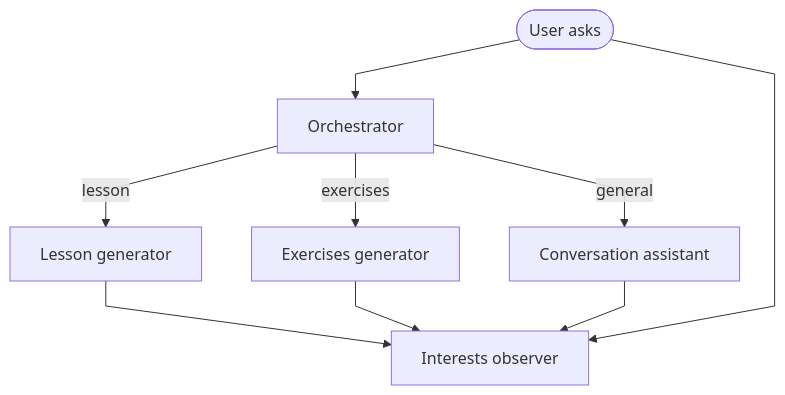
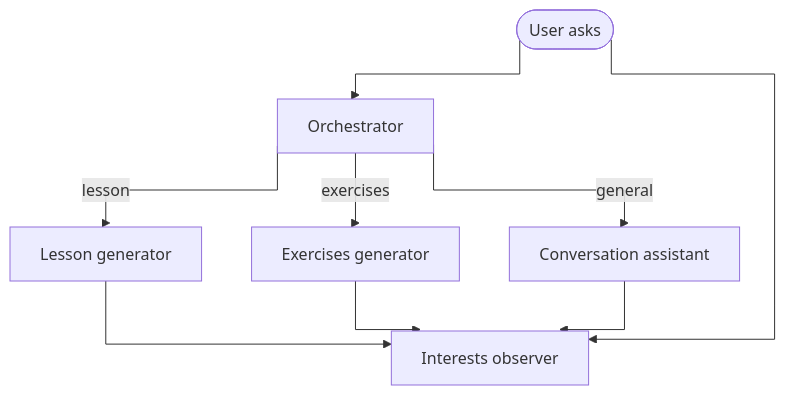
The diagram in README.md (patopitaluga/gio-system), drawn with Mermaid before and after one commit.

Commit message:
Chaged mermaid diagram

````diff
--- a/README.md
+++ b/README.md
@@ -186,23 +186,23 @@
 ```mermaid
 ---
 config:
   flowchart:
-    curve: linear
+    curve: stepBefore
 ---
 flowchart TD
   User([User asks])
   Orch[Orchestrator]
   Lesson[Lesson generator]
   Exercises[Exercises generator]
   Conversation[Conversation assistant]
   Interests[Interests observer]
 
   User --> Orch
   Orch -->|lesson| Lesson
   Orch -->|exercises| Exercises
   Orch -->|general| Conversation
   Lesson --> Interests
   Exercises --> Interests
   Conversation --> Interests
   User --> Interests
 ```
````
